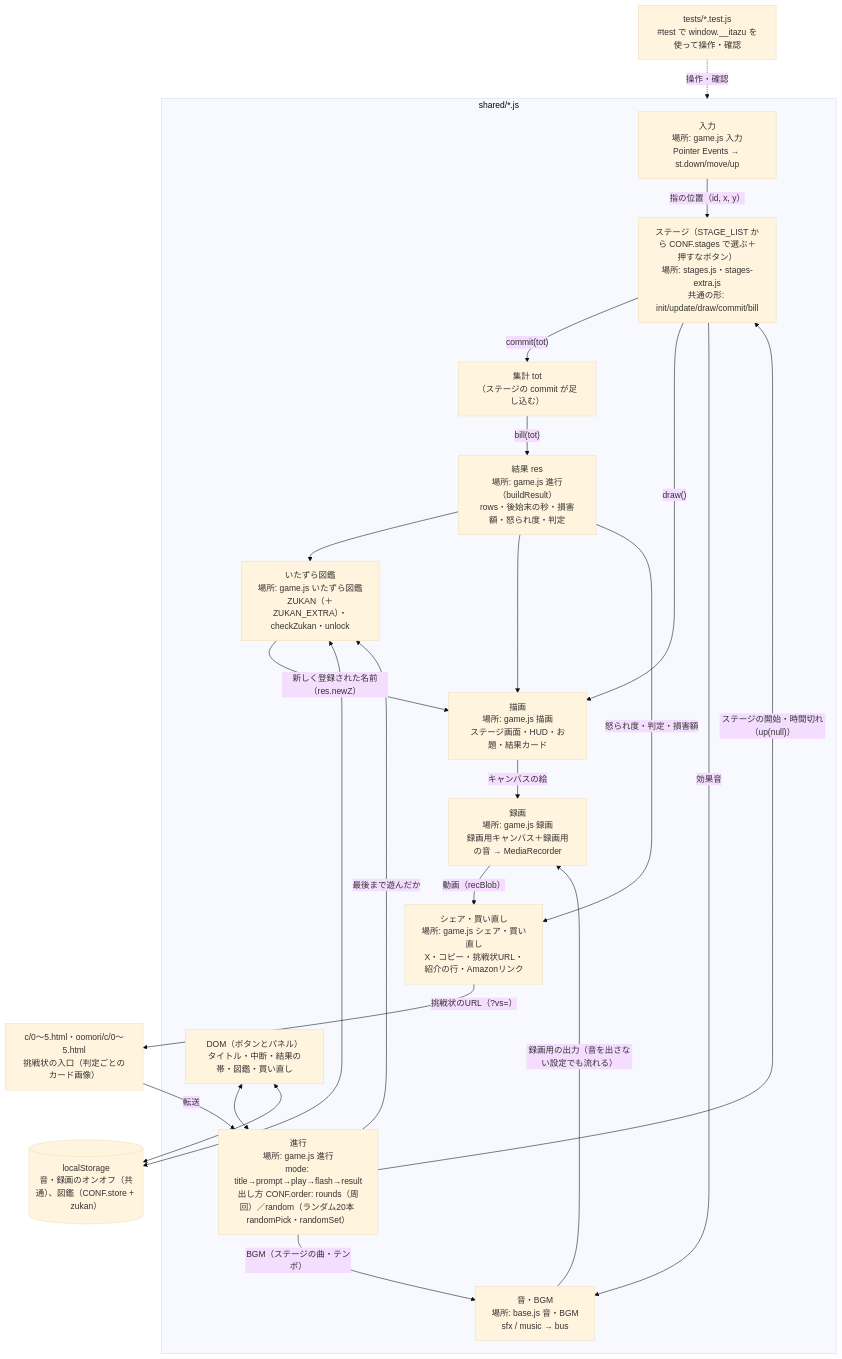
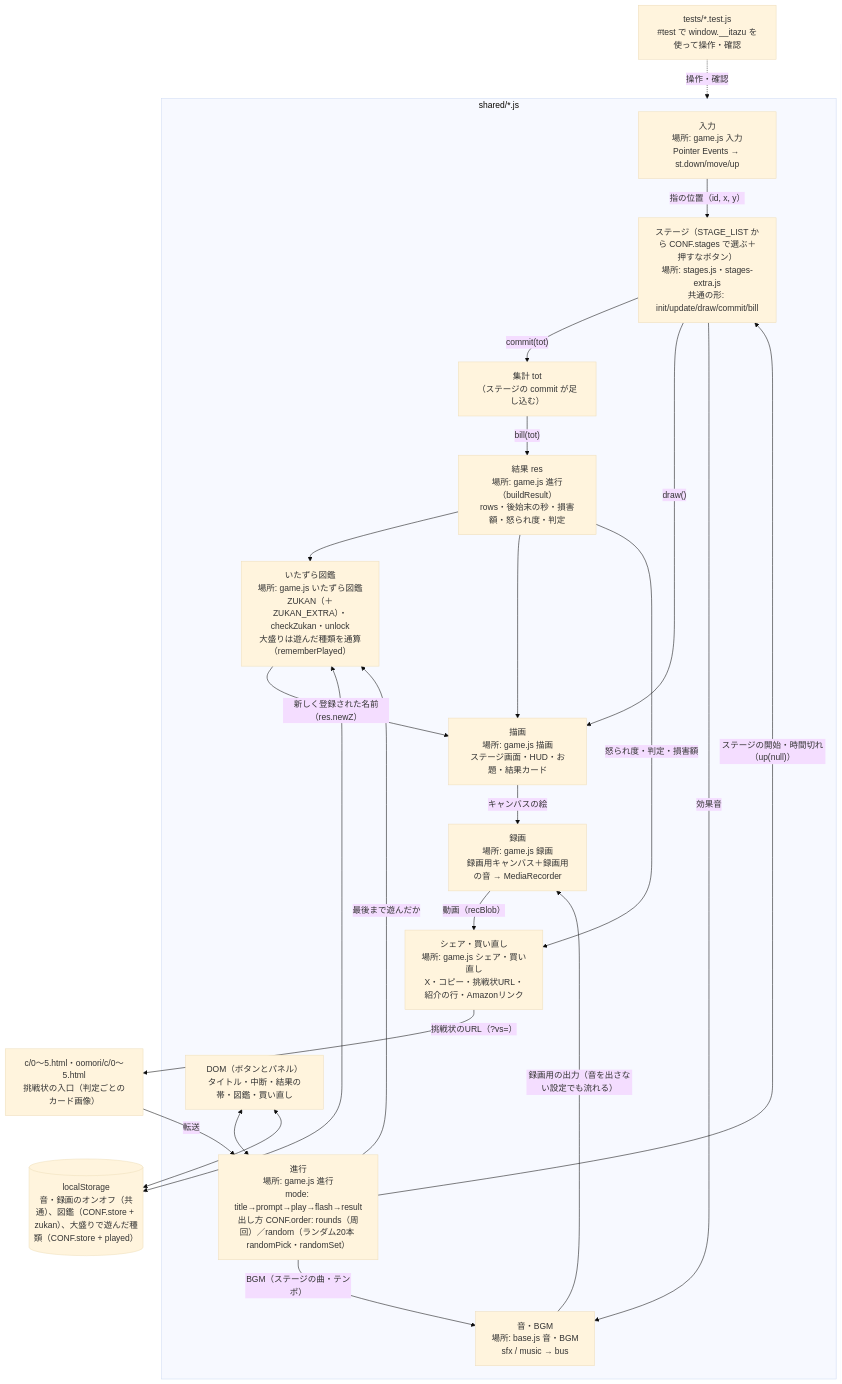
One commit to sakuichi/itazu-rush changed the second of 2 diagrams in docs/architecture.md. Above: the diagram before and after it, drawn with Mermaid (base theme). The commit also changed other lines of this file and 9 other files, not shown here.

````diff
--- a/docs/architecture.md
+++ b/docs/architecture.md
@@ -30,41 +30,41 @@
 ```mermaid
 flowchart TD
   subgraph JS["shared/*.js"]
     IN["入力<br>場所: game.js 入力<br>Pointer Events → st.down/move/up"]
     ST["ステージ（STAGE_LIST から CONF.stages で選ぶ＋押すなボタン）<br>場所: stages.js・stages-extra.js<br>共通の形: init/update/draw/commit/bill"]
     FLOW["進行<br>場所: game.js 進行<br>mode: title→prompt→play→flash→result<br>出し方 CONF.order: rounds（周回）／random（ランダム20本 randomPick・randomSet）"]
     TOT["集計 tot<br>（ステージの commit が足し込む）"]
     RES["結果 res<br>場所: game.js 進行（buildResult）<br>rows・後始末の秒・損害額・怒られ度・判定"]
-    ZK["いたずら図鑑<br>場所: game.js いたずら図鑑<br>ZUKAN（＋ZUKAN_EXTRA）・checkZukan・unlock"]
+    ZK["いたずら図鑑<br>場所: game.js いたずら図鑑<br>ZUKAN（＋ZUKAN_EXTRA）・checkZukan・unlock<br>大盛りは遊んだ種類を通算（rememberPlayed）"]
     DRAW["描画<br>場所: game.js 描画<br>ステージ画面・HUD・お題・結果カード"]
     SND["音・BGM<br>場所: base.js 音・BGM<br>sfx / music → bus"]
     REC["録画<br>場所: game.js 録画<br>録画用キャンバス＋録画用の音 → MediaRecorder"]
     SH["シェア・買い直し<br>場所: game.js シェア・買い直し<br>X・コピー・挑戦状URL・紹介の行・Amazonリンク"]
     DOM["DOM（ボタンとパネル）<br>タイトル・中断・結果の帯・図鑑・買い直し"]
   end
-  LS[("localStorage<br>音・録画のオンオフ（共通）、図鑑（CONF.store + zukan）")]
+  LS[("localStorage<br>音・録画のオンオフ（共通）、図鑑（CONF.store + zukan）、大盛りで遊んだ種類（CONF.store + played）")]
   CH["c/0〜5.html・oomori/c/0〜5.html<br>挑戦状の入口（判定ごとのカード画像）"]
   TEST["tests/*.test.js<br>#test で window.__itazu を使って操作・確認"]
 
   IN -- "指の位置（id, x, y）" --> ST
   FLOW -- "ステージの開始・時間切れ（up(null)）" --> ST
   ST -- "commit(tot)" --> TOT
   TOT -- "bill(tot)" --> RES
   FLOW -- "最後まで遊んだか" --> ZK
   RES --> ZK
   ZK -- "新しく登録された名前（res.newZ）" --> DRAW
   ST -- "draw()" --> DRAW
   RES --> DRAW
   ST -- "効果音" --> SND
   FLOW -- "BGM（ステージの曲・テンポ）" --> SND
   DRAW -- "キャンバスの絵" --> REC
   SND -- "録画用の出力（音を出さない設定でも流れる）" --> REC
   REC -- "動画（recBlob）" --> SH
   RES -- "怒られ度・判定・損害額" --> SH
   SH -- "挑戦状のURL（?vs=）" --> CH
   CH -- "転送" --> FLOW
   DOM <--> FLOW
   ZK <--> LS
   DOM <--> LS
   TEST -. "操作・確認" .-> JS
 ```
````
